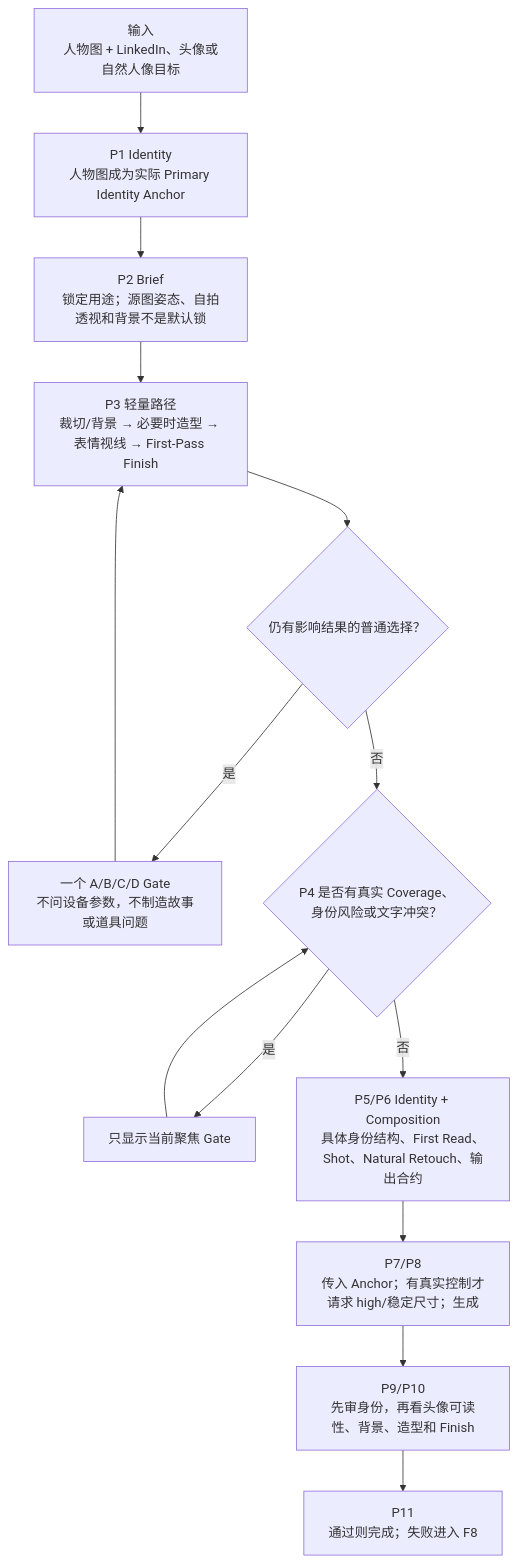
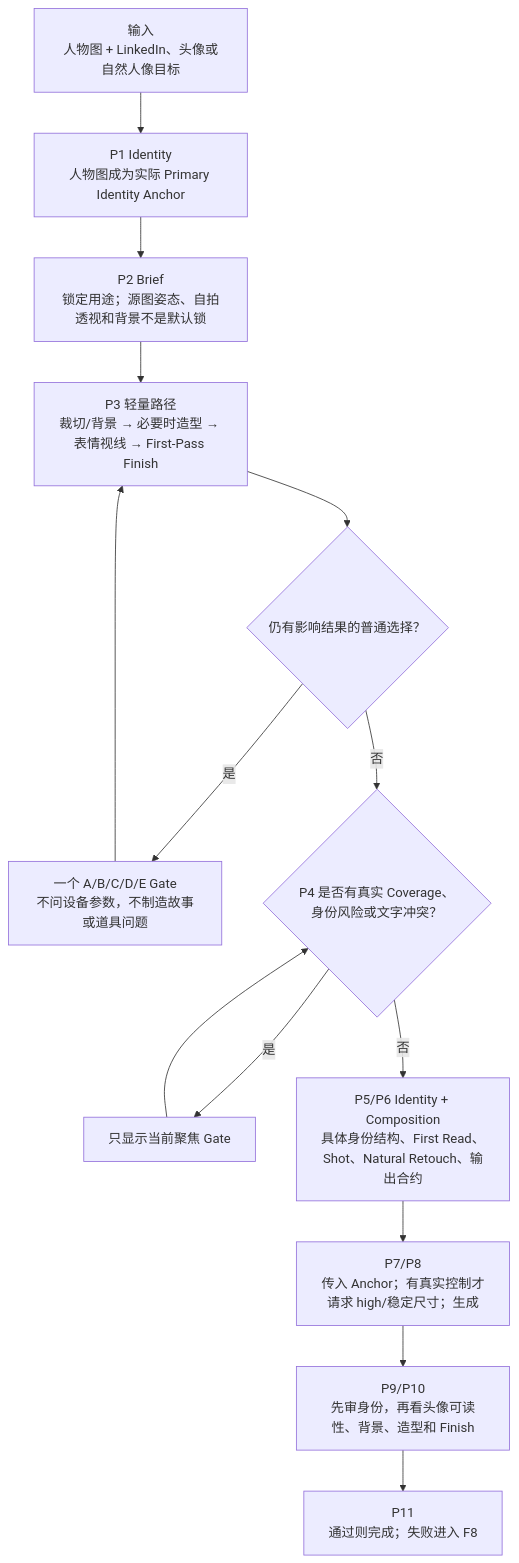
The fifth of 13 diagrams in docs/architecture.md (cyaoc/cast-me), drawn with Mermaid before and after one commit. The commit also changed other lines of this file and 6 other files, not shown here.

````diff
--- a/docs/architecture.md
+++ b/docs/architecture.md
@@ -295,16 +295,16 @@
 ```mermaid
 flowchart TD
     U["输入<br/>人物图 + LinkedIn、头像或自然人像目标"] --> I["P1 Identity<br/>人物图成为实际 Primary Identity Anchor"]
     I --> B["P2 Brief<br/>锁定用途；源图姿态、自拍透视和背景不是默认锁"]
     B --> Q["P3 轻量路径<br/>裁切/背景 → 必要时造型 → 表情视线 → First-Pass Finish"]
     Q --> MISSING{"仍有影响结果的普通选择？"}
-    MISSING -- 是 --> G["一个 A/B/C/D Gate<br/>不问设备参数，不制造故事或道具问题"]
+    MISSING -- 是 --> G["一个 A/B/C/D/E Gate<br/>不问设备参数，不制造故事或道具问题"]
     G --> Q
     MISSING -- 否 --> F{"P4 是否有真实 Coverage、身份风险或文字冲突？"}
     F -- 是 --> FG["只显示当前聚焦 Gate"]
     FG --> F
     F -- 否 --> P["P5/P6 Identity + Composition<br/>具体身份结构、First Read、Shot、Natural Retouch、输出合约"]
     P --> T["P7/P8<br/>传入 Anchor；有真实控制才请求 high/稳定尺寸；生成"]
     T --> R["P9/P10<br/>先审身份，再看头像可读性、背景、造型和 Finish"]
     R --> O["P11<br/>通过则完成；失败进入 F8"]
 ```
````
